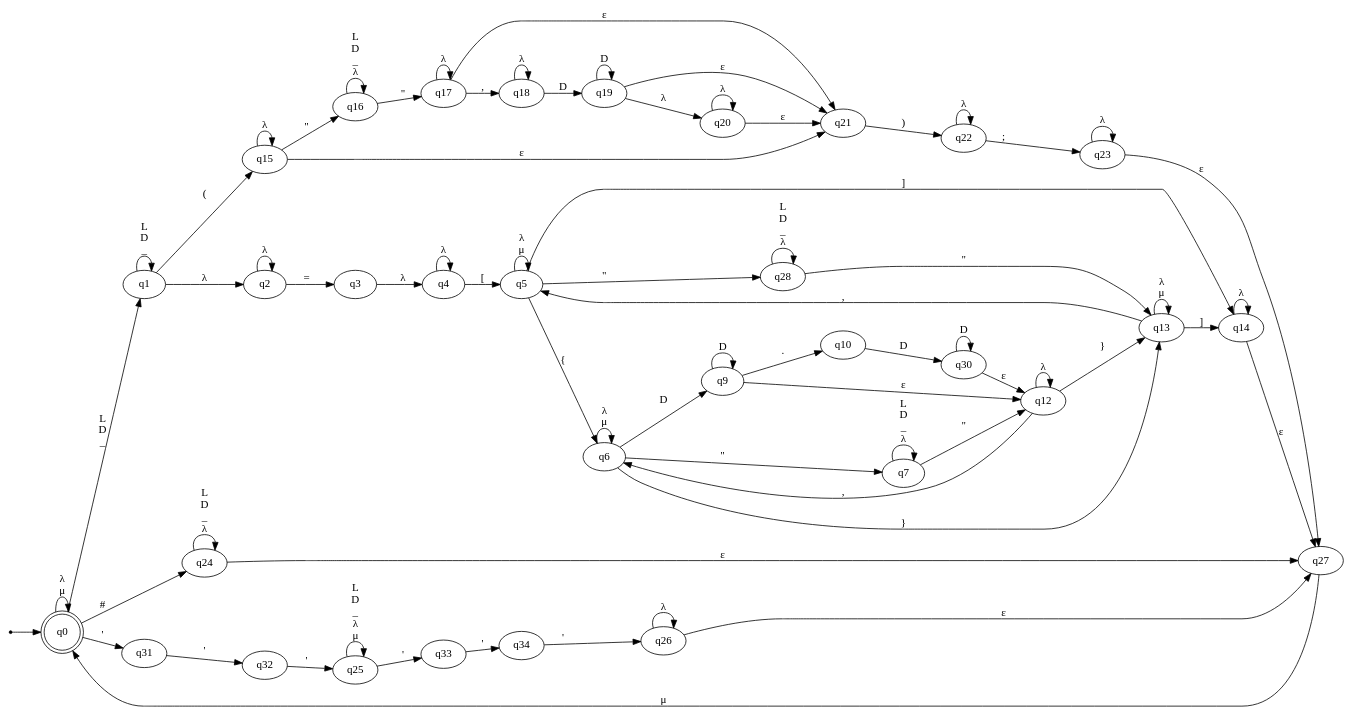
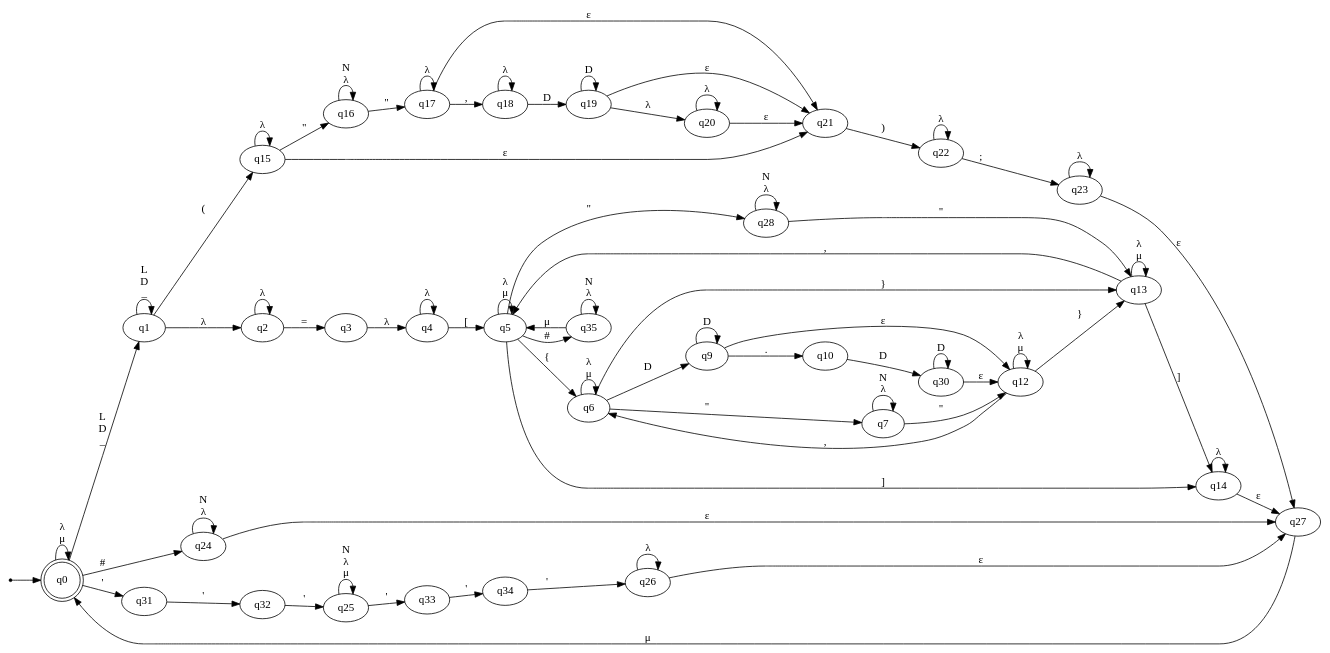
One commit to 202208521-luis-morales/LFP_S2_2023_Proyecto2_202208521 changed the diagram in grafo.dot. Above: the diagram before and after it, drawn with Graphviz. The commit also changed 2 other files, not shown here.

```diff
--- a/grafo.dot
+++ b/grafo.dot
@@ -1,106 +1,109 @@
 digraph G {
     rankdir=LR
     
     str [shape="point"]
     q0 [shape="doublecircle"]
     
     /*
     ε: nothing
-    λ: space
+    λ: space or tab
     μ: jump
     */
     
     str -> q0
     q0 -> q0 [label="λ\nμ"]
     q0 -> q1 [label="L\nD\n_"]
     q1 -> q1 [label="L\nD\n_"]
     q1 -> q2 [label="λ"]
     q2 -> q2 [label="λ"]
     q2 -> q3 [label="="]
     q3 -> q4 [label="λ"]
     q4 -> q4 [label="λ"]
     q4 -> q5 [label="["]
     q5 -> q5 [label="λ\nμ"]
     q5 -> q6 [label="{"]
     
     q5 -> q14 [label="]"]
+    q5 -> q35 [label="#"]
+    q35 -> q35 [label="N\nλ"]
+    q35 -> q5 [label="μ"]
     
     q5 -> q28 [label="''"]
-    q28 -> q28 [label="L\nD\n_\nλ"]
+    q28 -> q28 [label="N\nλ"]
     q28 -> q13 [label="''"]
     
     
     q6 -> q6 [label="λ\nμ"]
     
       // INICIO $entradaFloat
     q6 -> q9 [label="D"]
     q9 -> q9 [label="D"]
     q9 -> q10 [label="."]
     // FIN $entradaFloat
     
     // INICIO $entradaString
     q6 -> q7 [label="''"]
-    q7 -> q7 [label="L\nD\n_\nλ"]
+    q7 -> q7 [label="N\nλ"]
     q7 -> q12 [label="''"]
     // FIN $entradaString
     
     q6 -> q13 [label="}"]
      
     q9 -> q12 [label="ε"]
     q10 -> q30 [label="D"]
     q30 -> q30 [label="D"]
     q30 -> q12 [label="ε"]
     
-    q12 -> q12 [label="λ"]
+    q12 -> q12 [label="λ\nμ"]
     q12 -> q13 [label="}"]
     q13 -> q13 [label="λ\nμ"]
     
     q12 -> q6 [label=","]
     q13 -> q5 [label=","]
     
     q13 -> q14 [label="]"]
     q14 -> q14 [label="λ"]
     
     q1 -> q15 [label="("]
     q15 -> q15 [label="λ"]
     
     // INICIO $entradaString
     q15 -> q16 [label="''"]
-    q16 -> q16 [label="L\nD\n_\nλ"]
+    q16 -> q16 [label="N\nλ"]
     q16 -> q17 [label="''"]
     // FIN $entradaString
     
     q17 -> q17 [label="λ"]
     q17 -> q18 [label=","]
     q18 -> q18 [label="λ"]
     q18 -> q19 [label="D"]
     q19 -> q19 [label="D"]
     q19 -> q20 [label="λ"]
     q20 -> q20 [label="λ"]
     q19 -> q21 [label="ε"]
     q20 -> q21 [label="ε"]
     q15 -> q21 [label="ε"]
     q17 -> q21 [label="ε"]
     q21 -> q22 [label=")"]
     q22 -> q22 [label="λ"]
     q22 -> q23 [label=";"]
     q23 -> q23 [label="λ"]
     
     q0 -> q24 [label="#"]
-    q24 -> q24 [label="L\nD\n_\nλ"]
+    q24 -> q24 [label="N\nλ"]
     
     q0 -> q31 [label="'"]
     q31 -> q32 [label="'"]
     q32 -> q25 [label="'"]
-    q25 -> q25 [label="L\nD\n_\nλ\nμ"]
+    q25 -> q25 [label="N\nλ\nμ"]
     q25 -> q33 [label="'"]
     q33 -> q34 [label="'"]
     q34 -> q26 [label="'"]
     q26 -> q26 [label="λ"]
     
     q23 -> q27 [label="ε"]
     q14 -> q27 [label="ε"]
     q24 -> q27 [label="ε"]
     q26 -> q27 [label="ε"]
     q27 -> q0 [label="μ"]
 }
```
